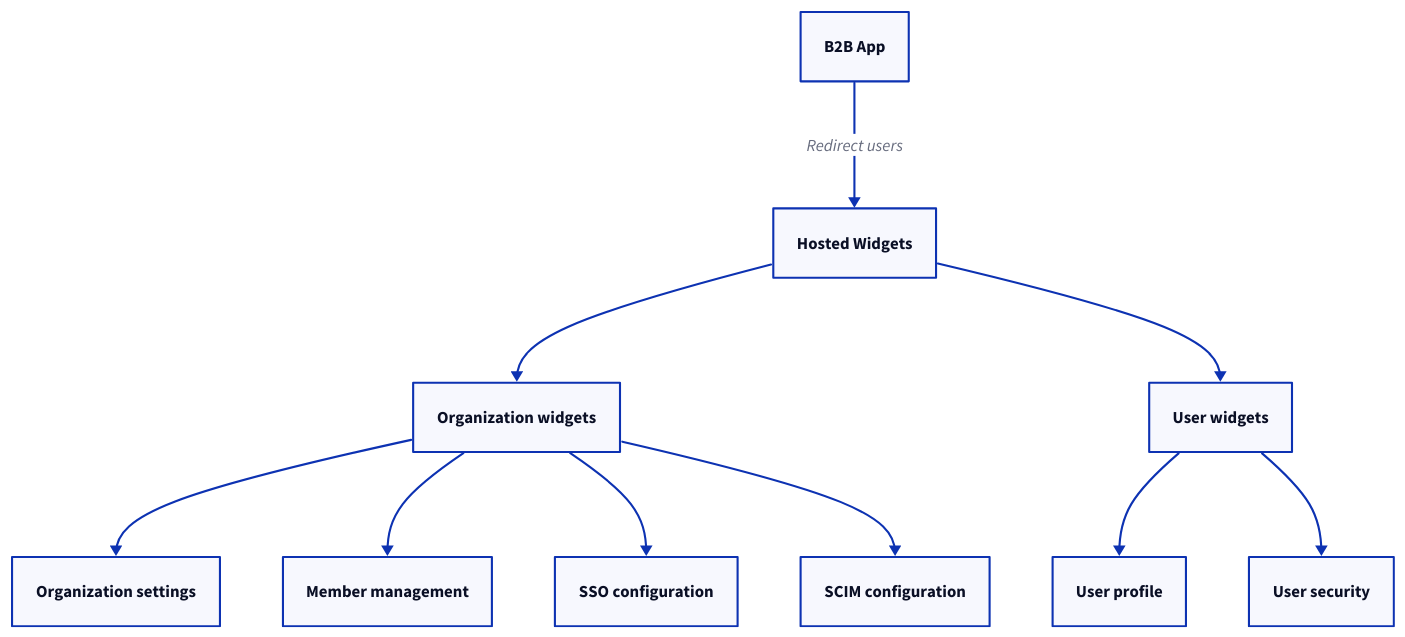
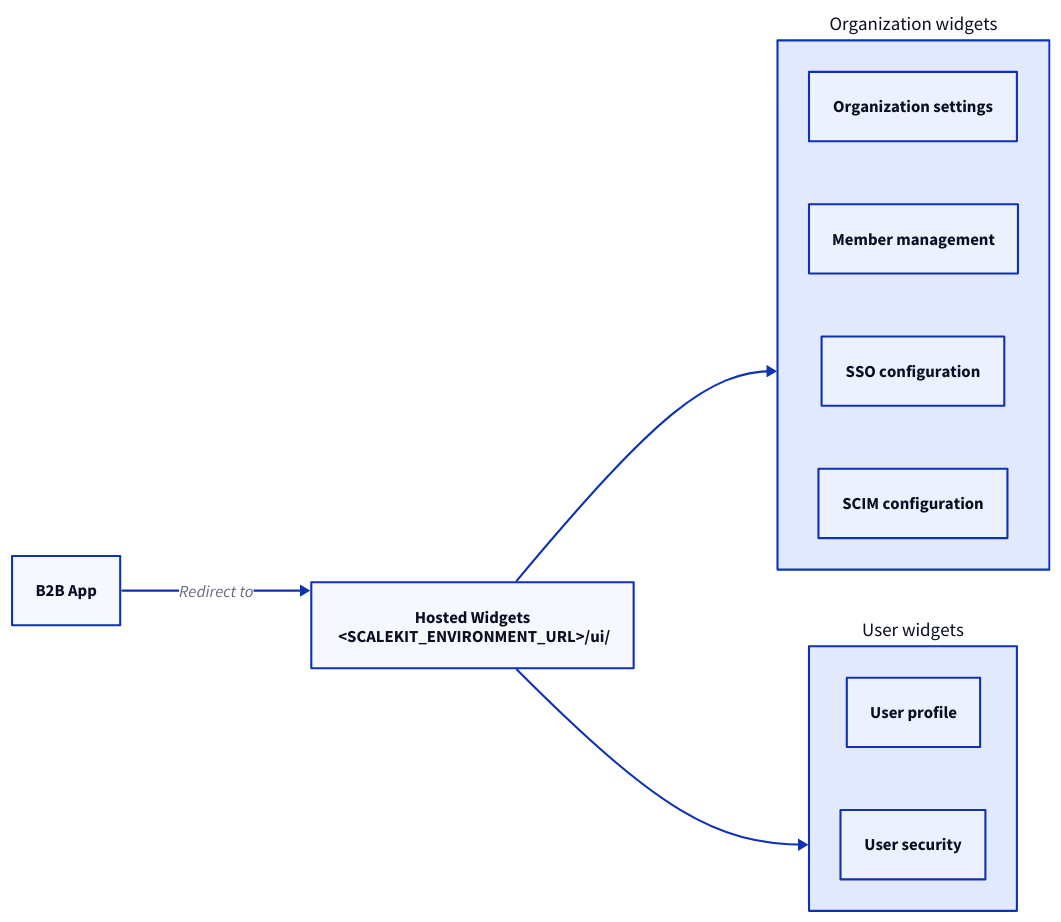
The diagram in src/content/docs/authenticate/manage-users-orgs/hosted-widgets.mdx (scalekit-inc/developer-docs), drawn with D2 before and after one commit. The commit also changed other lines of this file and 2 other files, not shown here.

First line of the commit message:
docs: update hosted widgets documentation for clarity and organization

````diff
--- a/src/content/docs/authenticate/manage-users-orgs/hosted-widgets.mdx
+++ b/src/content/docs/authenticate/manage-users-orgs/hosted-widgets.mdx
@@ -22,17 +23,25 @@
 ```d2 pad=36
-direction: down
+direction: right
 
 your_app: "B2B App"
 
-hosted: "Hosted Widgets"
+hosted: "Hosted Widgets\n <SCALEKIT_ENVIRONMENT_URL>/ui/"
 
-your_app -> hosted: "Redirect users"
-hosted -> Organization widgets
-hosted -> User widgets
-Organization widgets -> Organization settings
-Organization widgets -> Member management
-Organization widgets -> SSO configuration
-Organization widgets -> SCIM configuration
-User widgets -> User profile
-User widgets -> User security
+org_widgets: "Organization widgets" {
+  style.font-size: 18
+  org_settings: "Organization settings"
+  member_mgmt: "Member management"
+  sso_config: "SSO configuration"
+  scim_config: "SCIM configuration"
+}
+
+user_widgets: "User widgets" {
+  style.font-size: 18
+  user_profile: "User profile"
+  user_security: "User security"
+}
+
+your_app -> hosted: "Redirect to"
+hosted -> org_widgets
+hosted -> user_widgets
 ```
````
